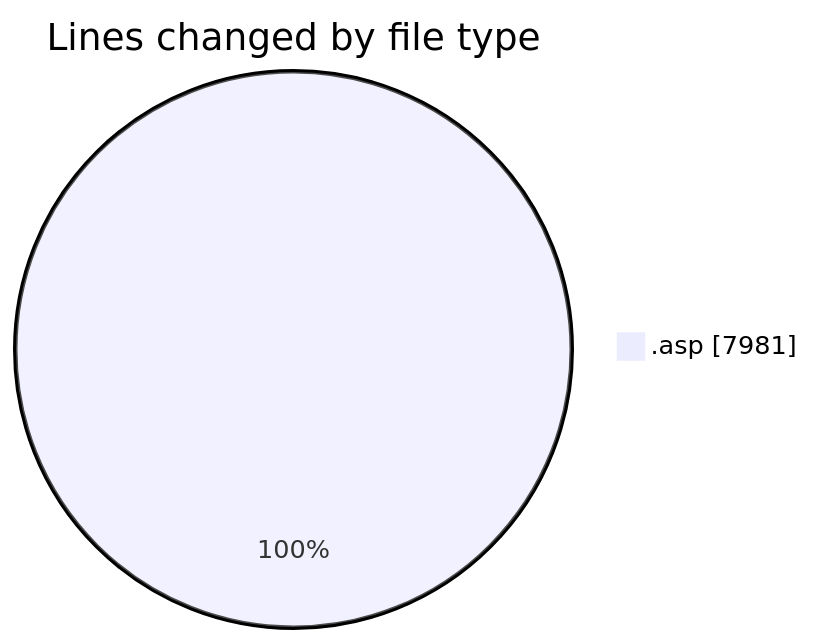
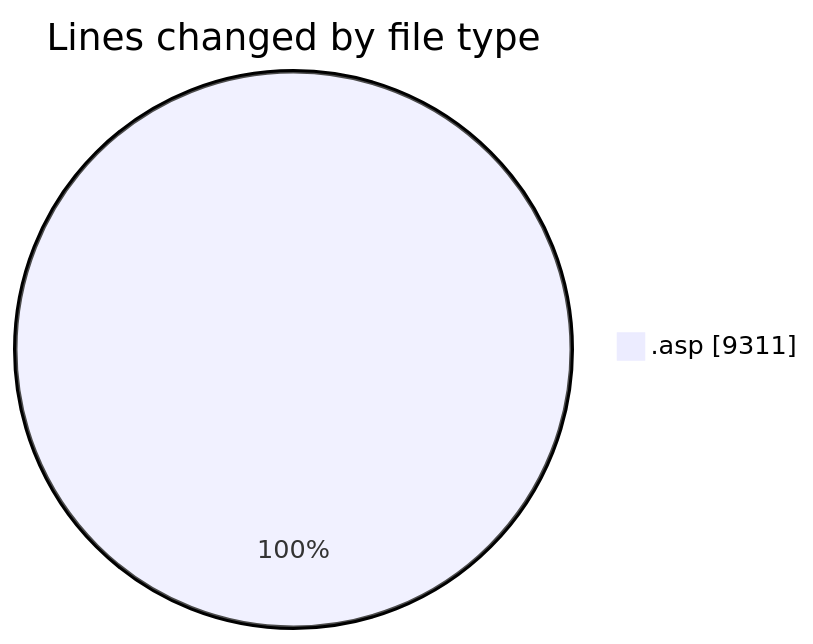
One commit to julien-gomy/code-tracking changed the first of 2 diagrams in 2025-10-30/cdp_aleoudev_fr__workspace_/README.md. Above: the diagram before and after it, drawn with Mermaid. The commit also changed other lines of this file and 1 other file, not shown here.

````diff
--- a/2025-10-30/cdp_aleoudev_fr__workspace_/README.md
+++ b/2025-10-30/cdp_aleoudev_fr__workspace_/README.md
@@ -24,5 +27,5 @@
 ```mermaid
 pie showData
 title Lines changed by file type
-".asp" : 7981
+".asp" : 9311
 ```
````
